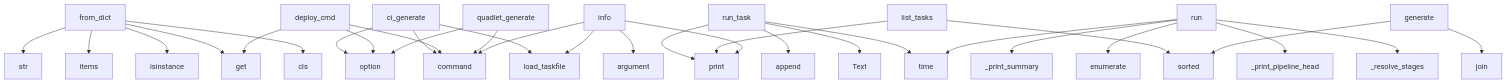
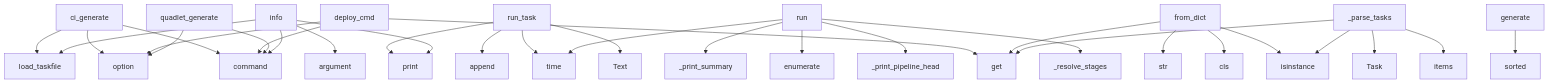
One commit to pyfunc/taskfile changed the diagram in project/context.md. Above: the diagram before and after it, drawn with Mermaid. The commit also changed other lines of this file and 18 other files, not shown here.

````diff
--- a/project/context.md
+++ b/project/context.md
@@ -518,33 +540,33 @@
 ```mermaid
 graph TD
-    from_dict --> cls
-    from_dict --> get
-    from_dict --> isinstance
-    from_dict --> items
     ci_generate --> command
     ci_generate --> option
     ci_generate --> load_taskfile
     run_task --> Text
     run_task --> append
     run_task --> print
     run_task --> time
     run --> _resolve_stages
     run --> _print_pipeline_head
     run --> time
     run --> enumerate
     run --> _print_summary
     deploy_cmd --> command
     deploy_cmd --> option
     deploy_cmd --> get
+    from_dict --> cls
+    from_dict --> get
+    from_dict --> isinstance
     from_dict --> str
-    list_tasks --> print
-    list_tasks --> sorted
     quadlet_generate --> command
     quadlet_generate --> option
+    _parse_tasks --> items
+    _parse_tasks --> isinstance
+    _parse_tasks --> get
+    _parse_tasks --> Task
     info --> command
     info --> argument
     info --> load_taskfile
     info --> print
     generate --> sorted
-    generate --> join
 ```
````
